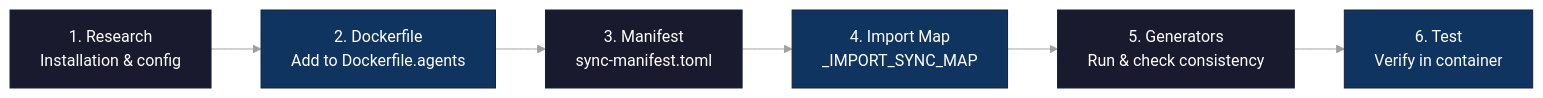
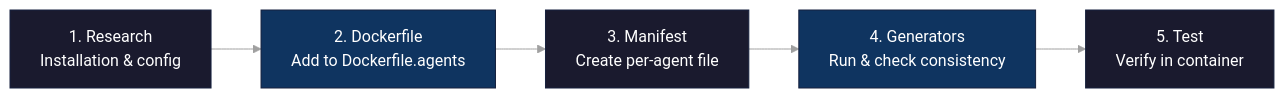
The diagram in docs/adding-agents.md (novotnyllc/ContainAI), drawn with Mermaid before and after one commit. The commit also changed other lines of this file and 5 other files, not shown here.

First line of the commit message:
docs: update documentation for per-agent manifest structure

````diff
--- a/docs/adding-agents.md
+++ b/docs/adding-agents.md
@@ -9,32 +11,29 @@
 ```mermaid
 %%{init: {'theme': 'base', 'themeVariables': {
   'primaryColor': '#1a1a2e',
   'primaryTextColor': '#ffffff',
   'primaryBorderColor': '#16213e',
   'secondaryColor': '#0f3460',
   'tertiaryColor': '#1a1a2e',
   'lineColor': '#a0a0a0',
   'textColor': '#ffffff',
   'background': '#0d1117'
 }}}%%
 flowchart LR
     S1["1. Research<br/>Installation & config"]
     S2["2. Dockerfile<br/>Add to Dockerfile.agents"]
-    S3["3. Manifest<br/>sync-manifest.toml"]
-    S4["4. Import Map<br/>_IMPORT_SYNC_MAP"]
-    S5["5. Generators<br/>Run & check consistency"]
-    S6["6. Test<br/>Verify in container"]
+    S3["3. Manifest<br/>Create per-agent file"]
+    S4["4. Generators<br/>Run & check consistency"]
+    S5["5. Test<br/>Verify in container"]
 
     S1 --> S2
     S2 --> S3
     S3 --> S4
     S4 --> S5
-    S5 --> S6
 
     style S1 fill:#1a1a2e,stroke:#16213e,color:#fff
     style S2 fill:#0f3460,stroke:#16213e,color:#fff
     style S3 fill:#1a1a2e,stroke:#16213e,color:#fff
     style S4 fill:#0f3460,stroke:#16213e,color:#fff
     style S5 fill:#1a1a2e,stroke:#16213e,color:#fff
-    style S6 fill:#0f3460,stroke:#16213e,color:#fff
 ```
````
